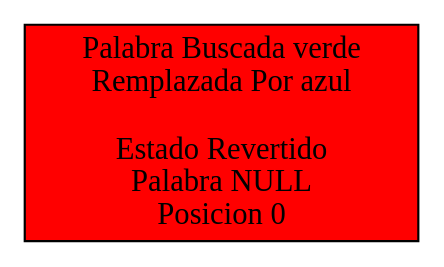
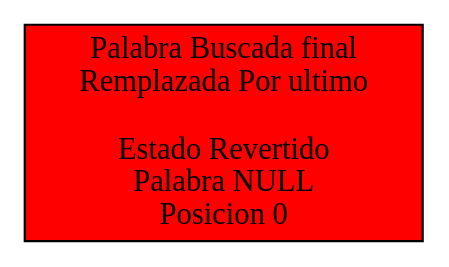
Before and after one commit to ChrisUSAC/EDD_1S2020_P1_201709272: the diagram in uedit/PilaRevertidos.dot, drawn with Graphviz. The commit also changed 17 other files, not shown here.

```diff
--- a/uedit/PilaRevertidos.dot
+++ b/uedit/PilaRevertidos.dot
@@ -1,11 +1,11 @@
 digraph p{ 
 rankdir=LR 
 node[ shape = box] 
-0[label = "Palabra Buscada verde
-Remplazada Por azul
+0[label = "Palabra Buscada final
+Remplazada Por ultimo
 
 Estado Revertido
 Palabra NULL
 Posicion 0
 " width=2.0, fillcolor = red, style = filled ]; 
 }
```
